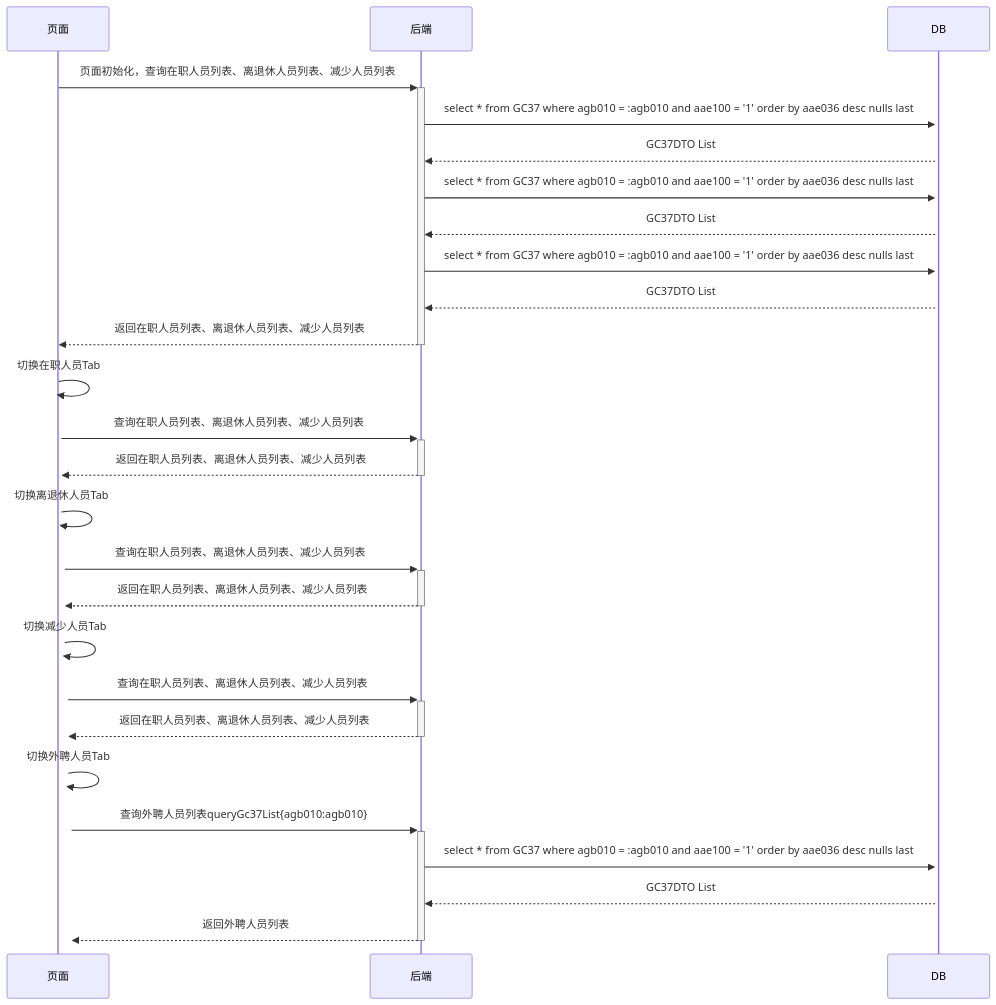
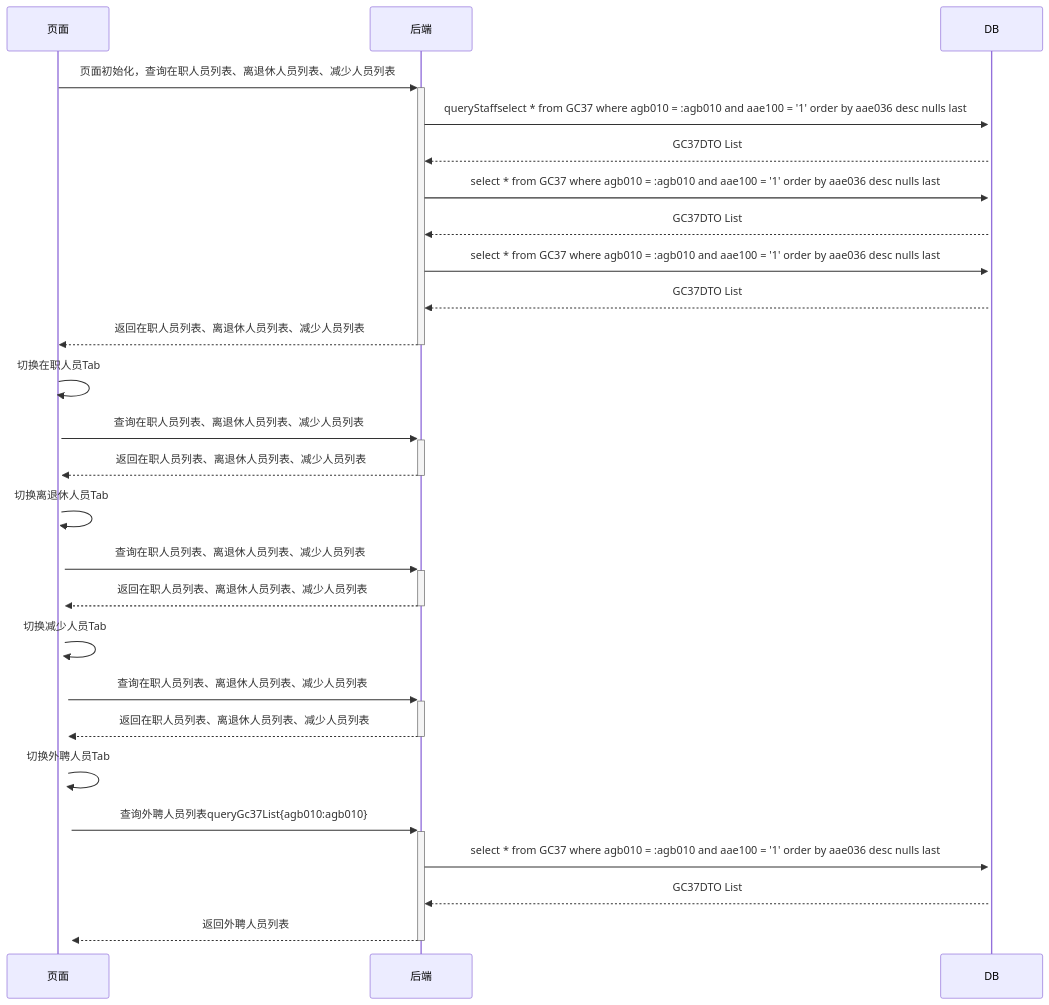
Before and after one commit to ZhangJianBeiJing/iodraw-files: the diagram in all/人员基本信息初始化页面多Tab调用业务流程.md, drawn with Mermaid.

Commit message:
2025-03-25 10:32:07 update

````diff
--- a/all/人员基本信息初始化页面多Tab调用业务流程.md
+++ b/all/人员基本信息初始化页面多Tab调用业务流程.md
@@ -1,27 +1,25 @@
 ```mermaid
 sequenceDiagram
     页面->>+后端: 页面初始化，查询在职人员列表、离退休人员列表、减少人员列表
-    后端->>+DB:select * from GC37 where agb010 = :agb010 and aae100 = '1' order by aae036 desc nulls last
+    后端->>+DB:queryStaffselect * from GC37 where agb010 = :agb010 and aae100 = '1' order by aae036 desc nulls last
     DB-->>后端:GC37DTO List
     后端->>+DB:select * from GC37 where agb010 = :agb010 and aae100 = '1' order by aae036 desc nulls last
     DB-->>后端:GC37DTO List
     后端->>+DB:select * from GC37 where agb010 = :agb010 and aae100 = '1' order by aae036 desc nulls last
-    
-    
     DB-->>后端:GC37DTO List
     后端-->>-页面:返回在职人员列表、离退休人员列表、减少人员列表
     页面->>+页面:切换在职人员Tab
     页面->>+后端:查询在职人员列表、离退休人员列表、减少人员列表
     后端-->>-页面:返回在职人员列表、离退休人员列表、减少人员列表
     页面->>+页面:切换离退休人员Tab
     页面->>+后端:查询在职人员列表、离退休人员列表、减少人员列表
     后端-->>-页面:返回在职人员列表、离退休人员列表、减少人员列表
     页面->>+页面:切换减少人员Tab
     页面->>+后端:查询在职人员列表、离退休人员列表、减少人员列表
     后端-->>-页面:返回在职人员列表、离退休人员列表、减少人员列表
     页面->>+页面:切换外聘人员Tab
     页面->>+后端:查询外聘人员列表queryGc37List{agb010:agb010}
     后端->>+DB:select * from GC37 where agb010 = :agb010 and aae100 = '1' order by aae036 desc nulls last
     DB-->>后端:GC37DTO List 
     后端-->>-页面:返回外聘人员列表
 ```
````
